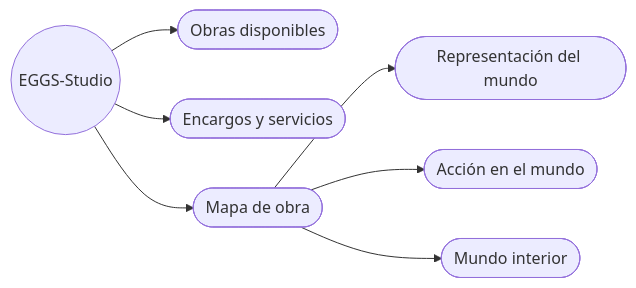
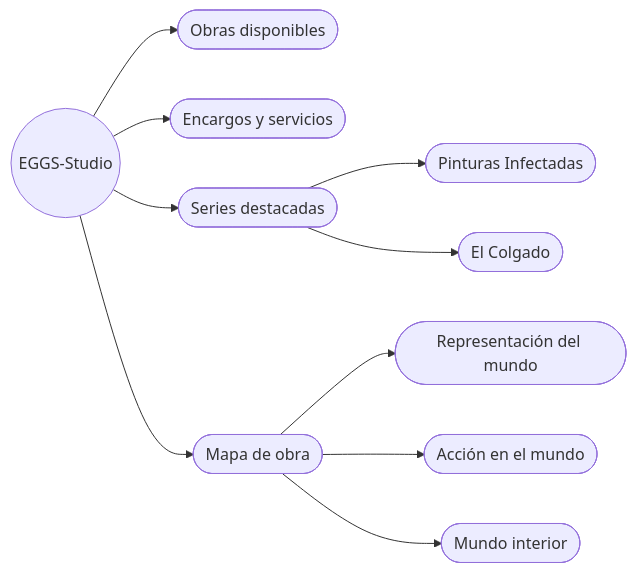
The diagram in ES/index.md (EGGS-Artesvisuales/EGGS-Artesvisuales.github.io), drawn with Mermaid before and after one commit. The commit also changed other lines of this file, not shown here.

Commit message:
Destaca series principales en portada ES

```diff
--- a/ES/index.md
+++ b/ES/index.md
@@ -61,21 +77,27 @@
 <div class="mermaid">
 flowchart LR
   principal(("EGGS-Studio"))
   tienda(["Obras disponibles"])
   servicios(["Encargos y servicios"])
+  series(["Series destacadas"])
   mapa(["Mapa de obra"])
 
   principal --> tienda
   principal --> servicios
+  principal --> series
   principal --> mapa
 
+  series --> pinturas(["Pinturas Infectadas"])
+  series --> colgado(["El Colgado"])
   mapa --> representacion(["Representación del mundo"])
   mapa --> accion(["Acción en el mundo"])
   mapa --> interior(["Mundo interior"])
 
   click tienda "/ES/tienda.html#impresiones-y-fotografia" "Ir a obras disponibles"
   click servicios "/ES/servicios.html" "Ir a servicios"
+  click pinturas "/ES/serie-pinturas-infectadas.html" "Ver Pinturas Infectadas"
+  click colgado "/ES/serie-el-colgado.html" "Ver El Colgado"
   click representacion "/ES/mundo-exterior.html" "Ir a Representación del mundo"
   click accion "/ES/accion.html" "Ir a Acción en el mundo"
   click interior "/ES/interior.html" "Ir a Mundo interior"
 </div>
```
